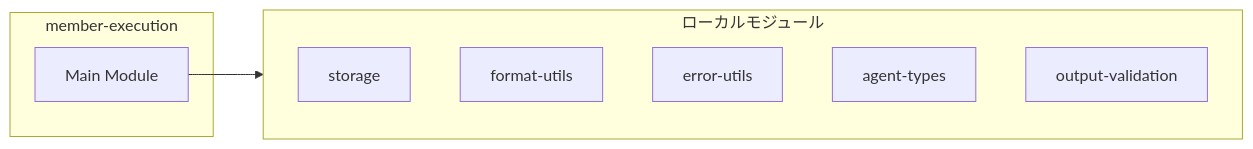
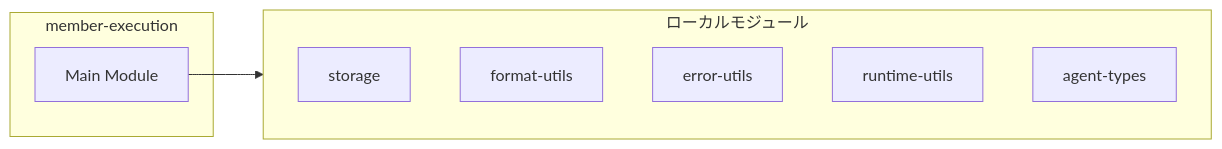
The second of 4 diagrams in ABDD/.pi/extensions/agent-teams/member-execution.md (Mekann2904/mekann), drawn with Mermaid before and after one commit. The commit also changed other lines of this file and 205 other files, not shown here.

````diff
--- a/ABDD/.pi/extensions/agent-teams/member-execution.md
+++ b/ABDD/.pi/extensions/agent-teams/member-execution.md
@@ -58,14 +58,14 @@
 ```mermaid
 flowchart LR
   subgraph this[member-execution]
     main[Main Module]
   end
   subgraph local[ローカルモジュール]
     storage["storage"]
     format_utils["format-utils"]
     error_utils["error-utils"]
+    runtime_utils["runtime-utils"]
     agent_types["agent-types"]
-    output_validation["output-validation"]
   end
   main --> local
 ```
````
